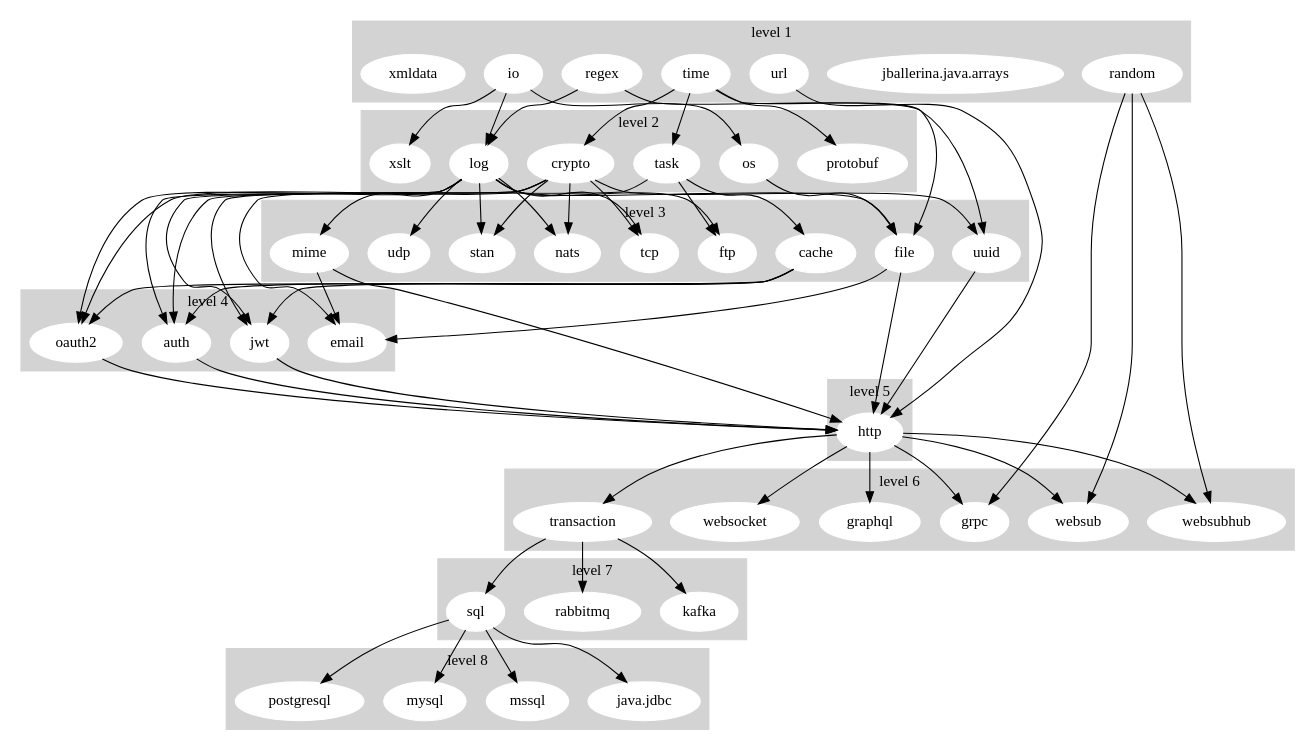
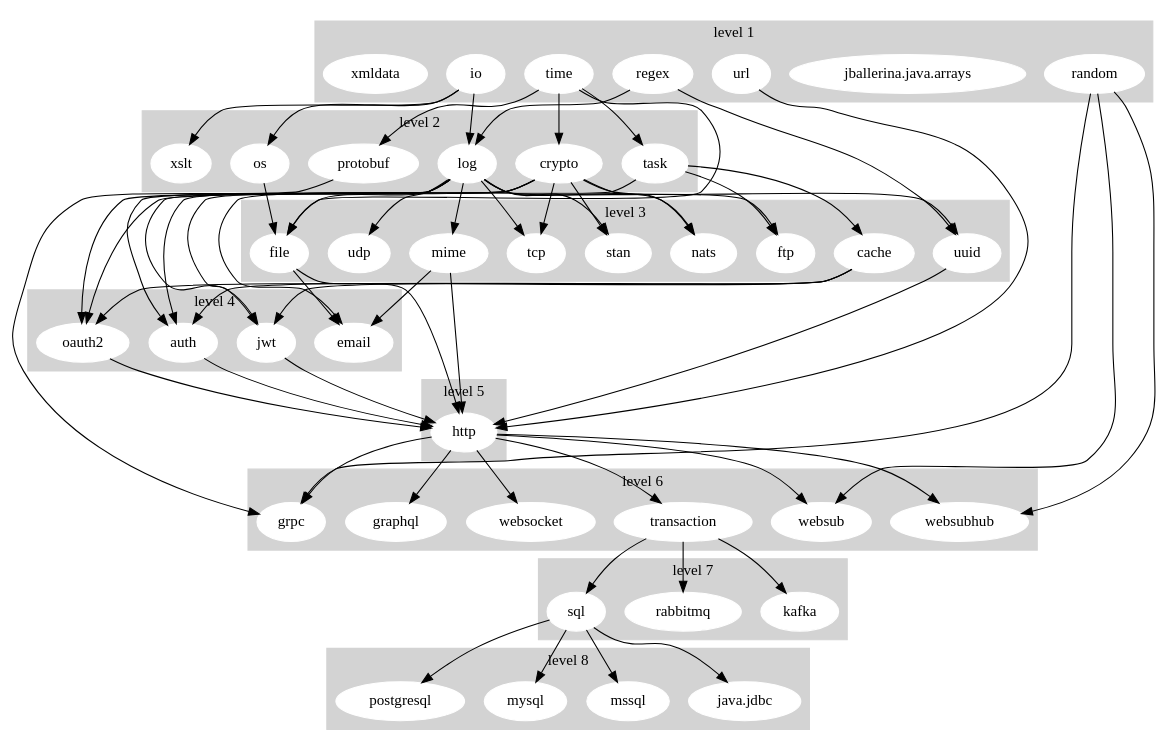
Before and after one commit to ballerina-platform/ballerina-release: the diagram in dashboard/stdlib_graph.gv, drawn with Graphviz.

Commit message:
[Automated] Update Stdlib Dependency Graph

```diff
--- a/dashboard/stdlib_graph.gv
+++ b/dashboard/stdlib_graph.gv
@@ -1,140 +1,141 @@
 digraph "Stdlib Dependency Graph" {
 	subgraph cluster_1 {
 		node [color=white style=filled]
 		color=lightgrey style=filled
 		io
 		"jballerina.java.arrays"
 		random
 		regex
 		time
 		url
 		xmldata
 		label="level 1"
 	}
 	subgraph cluster_2 {
 		node [color=white style=filled]
 		color=lightgrey style=filled
 		crypto
 		log
 		os
 		protobuf
 		task
 		xslt
 		label="level 2"
 	}
 	subgraph cluster_3 {
 		node [color=white style=filled]
 		color=lightgrey style=filled
 		cache
 		file
 		ftp
 		mime
 		nats
 		stan
 		tcp
 		udp
 		uuid
 		label="level 3"
 	}
 	subgraph cluster_4 {
 		node [color=white style=filled]
 		color=lightgrey style=filled
 		auth
 		email
 		jwt
 		oauth2
 		label="level 4"
 	}
 	subgraph cluster_5 {
 		node [color=white style=filled]
 		color=lightgrey style=filled
 		http
 		label="level 5"
 	}
 	subgraph cluster_6 {
 		node [color=white style=filled]
 		color=lightgrey style=filled
 		graphql
 		grpc
 		transaction
 		websocket
 		websub
 		websubhub
 		label="level 6"
 	}
 	subgraph cluster_7 {
 		node [color=white style=filled]
 		color=lightgrey style=filled
 		kafka
 		rabbitmq
 		sql
 		label="level 7"
 	}
 	subgraph cluster_8 {
 		node [color=white style=filled]
 		color=lightgrey style=filled
 		"java.jdbc"
 		mssql
 		mysql
 		postgresql
 		label="level 8"
 	}
 	io -> log
 	io -> os
 	io -> xslt
 	random -> grpc
 	random -> websub
 	random -> websubhub
 	regex -> log
 	regex -> uuid
 	time -> crypto
 	time -> file
 	time -> protobuf
 	time -> task
 	url -> http
 	crypto -> auth
 	crypto -> jwt
 	crypto -> nats
 	crypto -> oauth2
 	crypto -> stan
 	crypto -> tcp
 	crypto -> uuid
 	log -> auth
 	log -> file
 	log -> ftp
 	log -> jwt
 	log -> mime
 	log -> nats
 	log -> oauth2
 	log -> stan
 	log -> tcp
 	log -> udp
 	os -> file
+	protobuf -> grpc
 	task -> cache
 	task -> email
 	task -> ftp
 	cache -> auth
 	cache -> jwt
 	cache -> oauth2
 	file -> email
 	file -> http
 	mime -> email
 	mime -> http
 	uuid -> http
 	auth -> http
 	jwt -> http
 	oauth2 -> http
 	http -> graphql
 	http -> grpc
 	http -> transaction
 	http -> websocket
 	http -> websub
 	http -> websubhub
 	transaction -> kafka
 	transaction -> rabbitmq
 	transaction -> sql
 	sql -> "java.jdbc"
 	sql -> mssql
 	sql -> mysql
 	sql -> postgresql
 }
```
